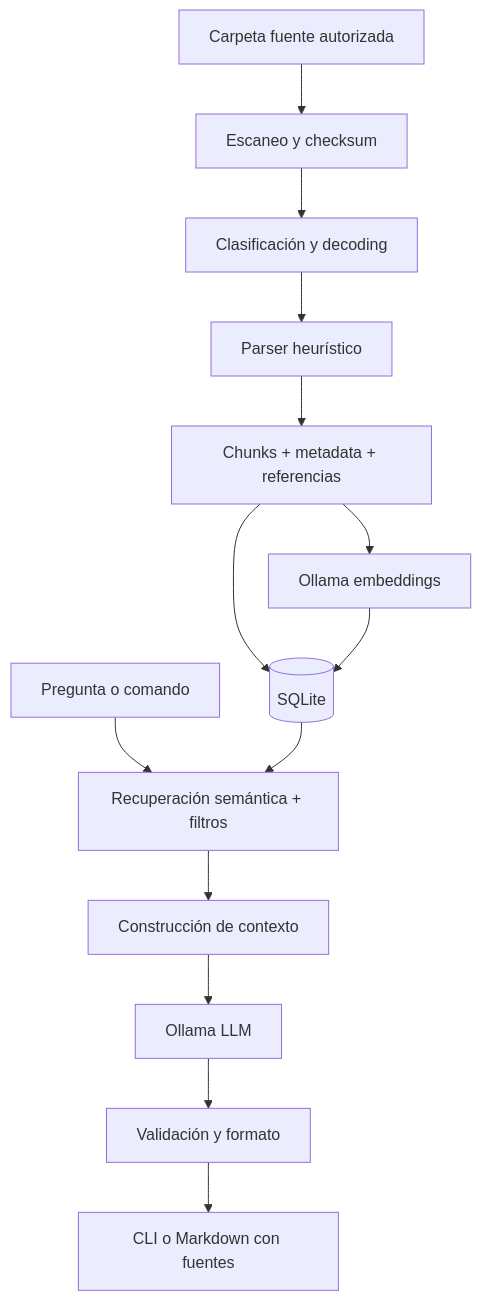
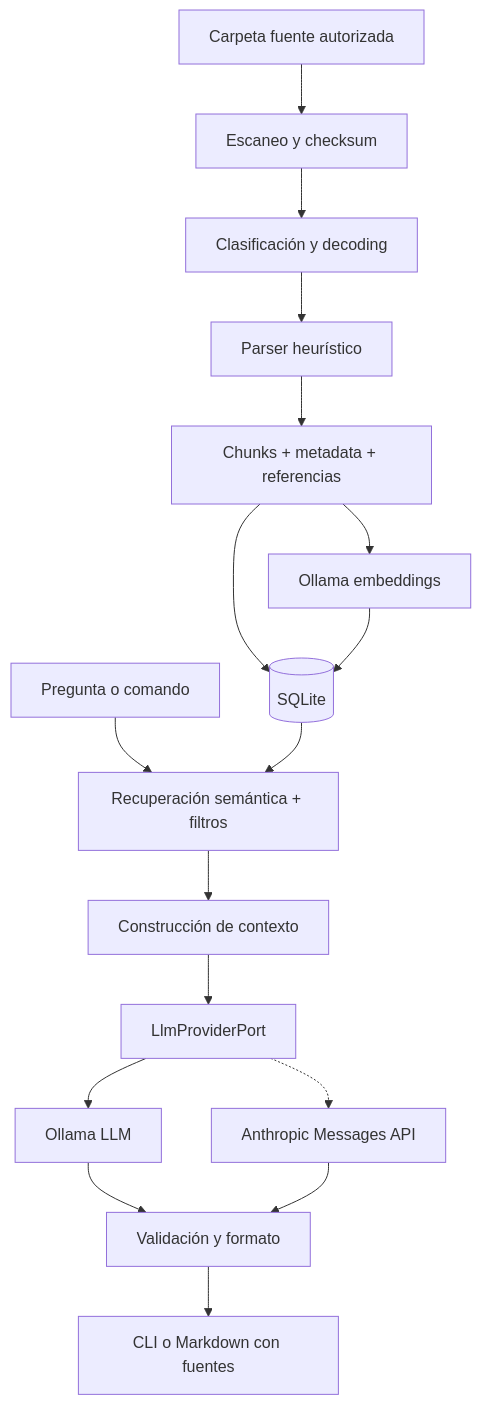
Before and after one commit to fcamasca/barbarion: the second of 4 diagrams in docs/ARCHITECTURE.md, drawn with Mermaid. The commit also changed other lines of this file and 9 other files, not shown here.

````diff
--- a/docs/ARCHITECTURE.md
+++ b/docs/ARCHITECTURE.md
@@ -41,17 +45,20 @@
 ```mermaid
 flowchart TD
     A["Carpeta fuente autorizada"] --> B["Escaneo y checksum"]
     B --> C["Clasificación y decoding"]
     C --> D["Parser heurístico"]
     D --> E["Chunks + metadata + referencias"]
     E --> F[("SQLite")]
     E --> G["Ollama embeddings"]
     G --> F
 
     Q["Pregunta o comando"] --> R["Recuperación semántica + filtros"]
     F --> R
     R --> P["Construcción de contexto"]
-    P --> L["Ollama LLM"]
-    L --> V["Validación y formato"]
+    P --> LP["LlmProviderPort"]
+    LP --> LO["Ollama LLM"]
+    LP -.-> AR["Anthropic Messages API"]
+    LO --> V["Validación y formato"]
+    AR --> V
     V --> O["CLI o Markdown con fuentes"]
 ```
````
